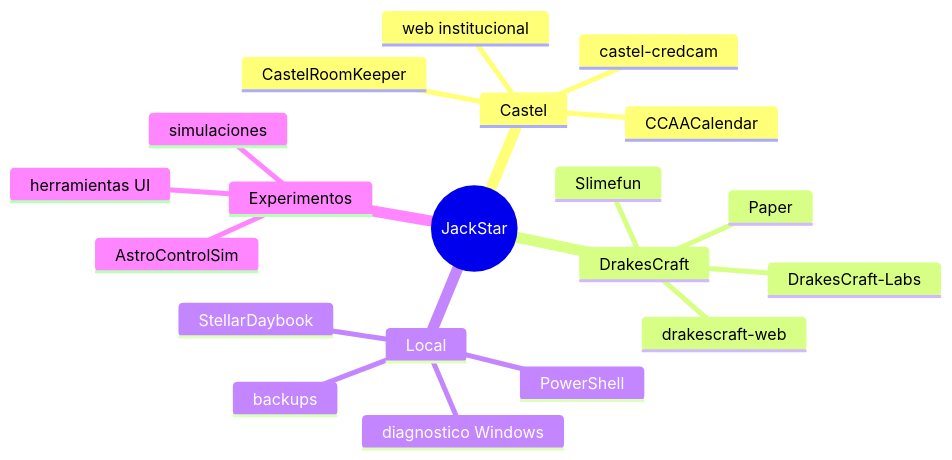
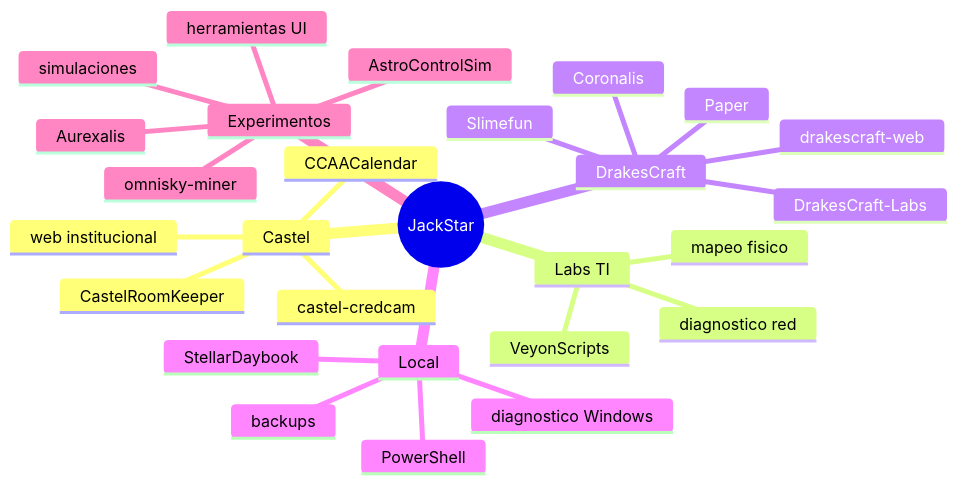
The second of 2 diagrams in README.md (JackStar6677-1/JackStar6677-1), drawn with Mermaid before and after one commit. The commit also changed other lines of this file and 1 other file, not shown here.

````diff
--- a/README.md
+++ b/README.md
@@ -104,23 +122,30 @@
 ```mermaid
 mindmap
   root((JackStar))
     Castel
       CastelRoomKeeper
       CCAACalendar
       castel-credcam
       web institucional
+    Labs TI
+      VeyonScripts
+      mapeo fisico
+      diagnostico red
     DrakesCraft
       drakescraft-web
       DrakesCraft-Labs
       Paper
       Slimefun
+      Coronalis
     Local
       StellarDaybook
       PowerShell
       backups
       diagnostico Windows
     Experimentos
       AstroControlSim
+      Aurexalis
+      omnisky-miner
       herramientas UI
       simulaciones
 ```
````
